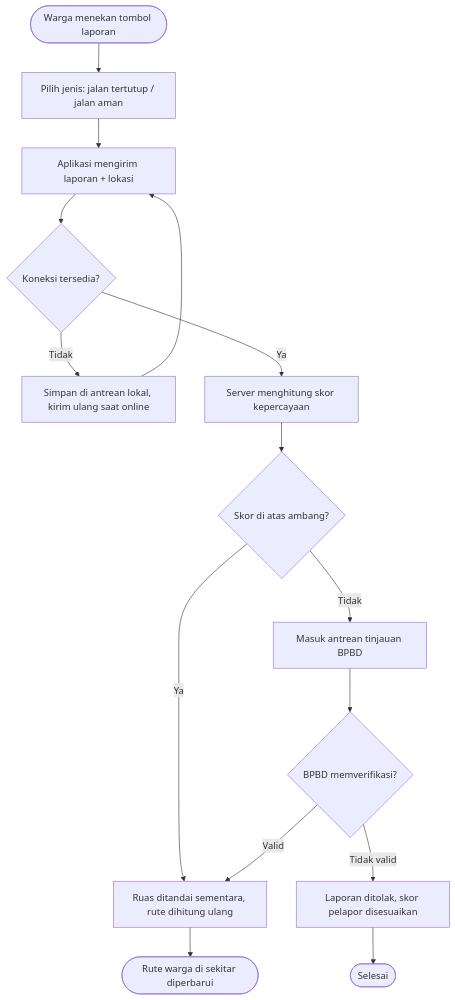
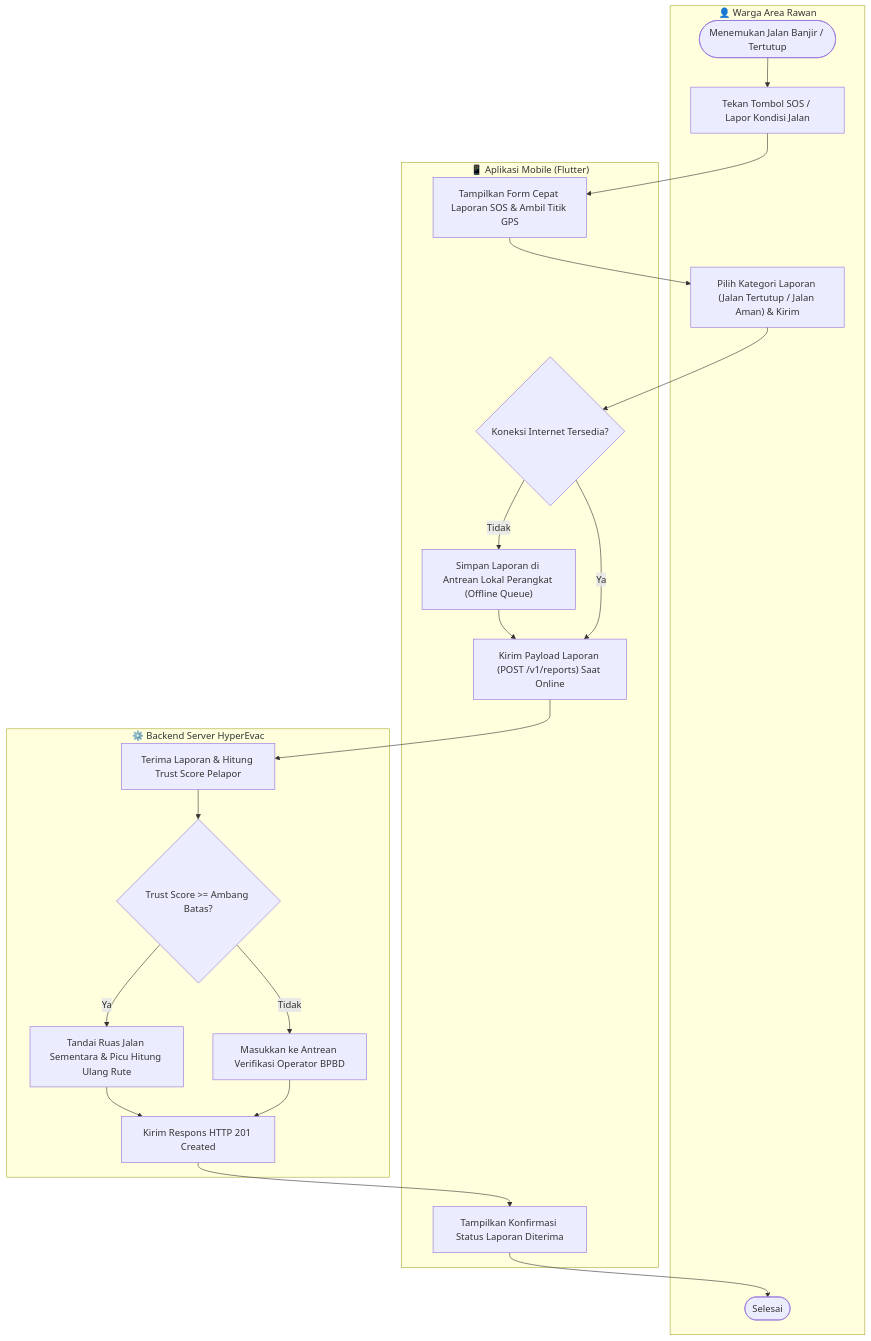
Before and after one commit to RPLUNIT052026/kelompok-2-rpl: the third of 5 diagrams in sprint-1/ACTIVITY-DIAGRAM.md, drawn with Mermaid. The commit also changed other lines of this file, not shown here.

First line of the commit message:
Revise Activity Diagram with Swimlane Structure

````diff
--- a/sprint-1/ACTIVITY-DIAGRAM.md
+++ b/sprint-1/ACTIVITY-DIAGRAM.md
@@ -42,17 +88,39 @@
 ```mermaid
 flowchart TD
-    A([Warga menekan tombol laporan]) --> B["Pilih jenis: jalan tertutup / jalan aman"]
-    B --> C["Aplikasi mengirim laporan + lokasi"]
-    C --> D{"Koneksi tersedia?"}
-    D -- "Tidak" --> E["Simpan di antrean lokal, kirim ulang saat online"]
-    E --> C
-    D -- "Ya" --> F["Server menghitung skor kepercayaan"]
-    F --> G{"Skor di atas ambang?"}
-    G -- "Ya" --> H["Ruas ditandai sementara, rute dihitung ulang"]
-    G -- "Tidak" --> I["Masuk antrean tinjauan BPBD"]
-    I --> J{"BPBD memverifikasi?"}
-    J -- "Valid" --> H
-    J -- "Tidak valid" --> K["Laporan ditolak, skor pelapor disesuaikan"]
-    H --> L([Rute warga di sekitar diperbarui])
-    K --> M([Selesai])
+    subgraph Warga["👤 Warga Area Rawan"]
+        W1([Menemukan Jalan Banjir / Tertutup]) --> W2["Tekan Tombol SOS / Lapor Kondisi Jalan"]
+        W3["Pilih Kategori Laporan (Jalan Tertutup / Jalan Aman) & Kirim"]
+        W4([Selesai])
+    end
+
+    subgraph Mobile["📱 Aplikasi Mobile (Flutter)"]
+        M1["Tampilkan Form Cepat Laporan SOS & Ambil Titik GPS"]
+        M2{"Koneksi Internet Tersedia?"}
+        M3["Simpan Laporan di Antrean Lokal Perangkat (Offline Queue)"]
+        M4["Kirim Payload Laporan (POST /v1/reports) Saat Online"]
+        M5["Tampilkan Konfirmasi Status Laporan Diterima"]
+    end
+
+    subgraph Backend["⚙️ Backend Server HyperEvac"]
+        B1["Terima Laporan & Hitung Trust Score Pelapor"]
+        B2{"Trust Score >= Ambang Batas?"}
+        B3["Tandai Ruas Jalan Sementara & Picu Hitung Ulang Rute"]
+        B4["Masukkan ke Antrean Verifikasi Operator BPBD"]
+        B5["Kirim Respons HTTP 201 Created"]
+    end
+
+    W2 --> M1
+    M1 --> W3
+    W3 --> M2
+    M2 -- "Tidak" --> M3
+    M3 --> M4
+    M2 -- "Ya" --> M4
+    M4 --> B1
+    B1 --> B2
+    B2 -- "Ya" --> B3
+    B2 -- "Tidak" --> B4
+    B3 --> B5
+    B4 --> B5
+    B5 --> M5
+    M5 --> W4
 ```
````
